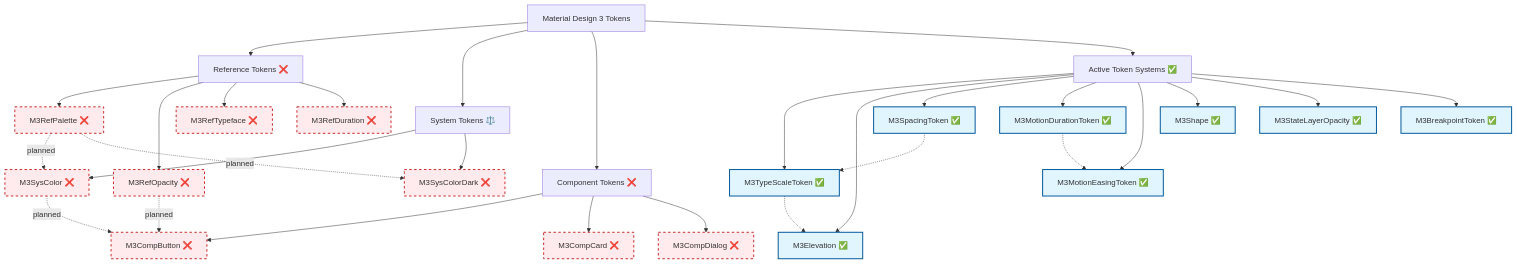
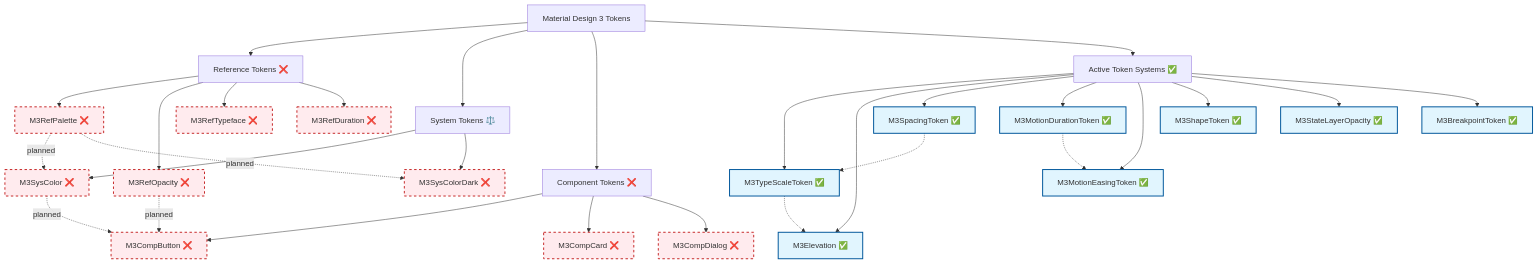
One commit to fluttely/material_design changed the first of 5 diagrams in documentation/material_design/en_US/maps/Token Map.md. Above: the diagram before and after it, drawn with Mermaid. The commit also changed other lines of this file and 10 other files, not shown here.

````diff
--- a/documentation/material_design/en_US/maps/Token Map.md
+++ b/documentation/material_design/en_US/maps/Token Map.md
@@ -29,45 +29,45 @@
 ```mermaid
 graph TD
     A[Material Design 3 Tokens] --> B[Reference Tokens ❌]
     A --> C[System Tokens ⚖️]
     A --> D[Component Tokens ❌]
     A --> E[Active Token Systems ✅]
 
     B --> B1[M3RefPalette ❌]
     B --> B2[M3RefOpacity ❌]
     B --> B3[M3RefTypeface ❌]
     B --> B4[M3RefDuration ❌]
 
     C --> C1[M3SysColor ❌]
     C --> C2[M3SysColorDark ❌]
 
     D --> D1[M3CompButton ❌]
     D --> D2[M3CompCard ❌]
     D --> D3[M3CompDialog ❌]
 
     E --> E1[M3TypeScaleToken ✅]
     E --> E2[M3Elevation ✅]
     E --> E3[M3SpacingToken ✅]
     E --> E4[M3MotionDurationToken ✅]
     E --> E5[M3MotionEasingToken ✅]
-    E --> E6[M3Shape ✅]
+    E --> E6[M3ShapeToken ✅]
     E --> E7[M3StateLayerOpacity ✅]
     E --> E8[M3BreakpointToken ✅]
 
     %% Active dependencies (green)
     E1 -.-> E2
     E3 -.-> E1
     E4 -.-> E5
 
     %% Planned dependencies (red dashed)
     B1 -.->|planned| C1
     B1 -.->|planned| C2
     B2 -.->|planned| D1
     C1 -.->|planned| D1
 
     classDef activeToken fill:#e1f5fe,stroke:#01579b,stroke-width:2px
     classDef inactiveToken fill:#ffebee,stroke:#c62828,stroke-width:2px,stroke-dasharray: 5 5
 
     class E1,E2,E3,E4,E5,E6,E7,E8 activeToken
     class B1,B2,B3,B4,C1,C2,D1,D2,D3 inactiveToken
 ```
````
